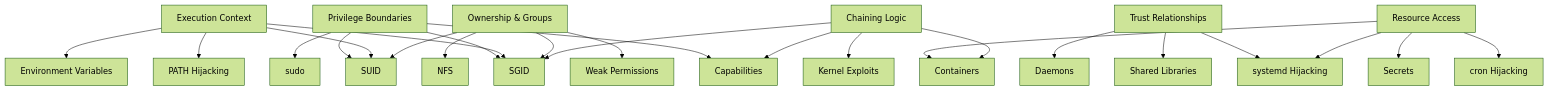
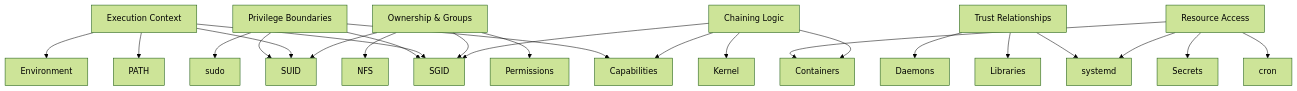
One commit to Mark-a-Hamilton/LinPEAS-Analyser-Tool changed the diagram in lpa/docs/Privilege-Escalation-Principles.md. Above: the diagram before and after it, drawn with Mermaid (forest theme).

Commit message:
Refactor privilege escalation flowchart labels
Updated the flowchart for privilege escalation principles by simplifying labels and removing comments for impact levels.

````diff
--- a/lpa/docs/Privilege-Escalation-Principles.md
+++ b/lpa/docs/Privilege-Escalation-Principles.md
@@ -65,62 +65,55 @@
 ```mermaid
 flowchart TD
 
-    %% Base Principles
     PB[Privilege Boundaries]
     EC[Execution Context]
     OG[Ownership & Groups]
     TR[Trust Relationships]
     RA[Resource Access]
     CL[Chaining Logic]
 
-    %% High Impact
     SUID[SUID]
     SGID[SGID]
-
-    %% Medium Impact
     SUDO[sudo]
     CAP[Capabilities]
-    PATH[PATH Hijacking]
-    ENV[Environment Variables]
-    PERM[Weak Permissions]
-    CRON[cron Hijacking]
-    SYSTEMD[systemd Hijacking]
-
-    %% Lower Impact
-    LIB[Shared Libraries]
+    PATH[PATH]
+    ENV[Environment]
+    PERM[Permissions]
+    CRON[cron]
+    SYSTEMD[systemd]
+    LIB[Libraries]
     DAEMON[Daemons]
     NFS[NFS]
     CONT[Containers]
     CREDS[Secrets]
-    KERNEL[Kernel Exploits]
+    KERNEL[Kernel]
 
-    %% Relationships
     PB --> SUID
     PB --> SGID
     PB --> SUDO
     PB --> CAP
 
     EC --> SUID
     EC --> SGID
     EC --> PATH
     EC --> ENV
 
     OG --> SUID
     OG --> SGID
     OG --> PERM
     OG --> NFS
 
     TR --> LIB
     TR --> DAEMON
     TR --> SYSTEMD
 
     RA --> CRON
     RA --> SYSTEMD
     RA --> CONT
     RA --> CREDS
 
     CL --> SGID
     CL --> CAP
     CL --> CONT
     CL --> KERNEL
 ```
````
